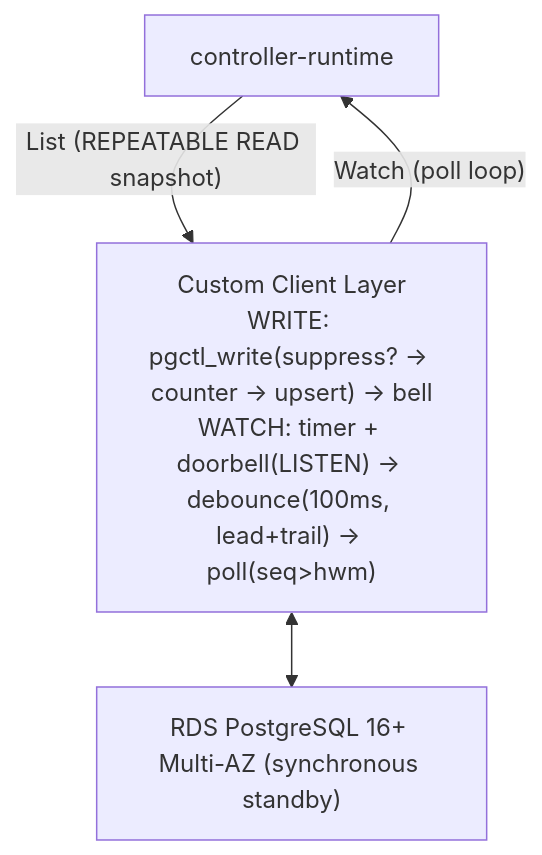
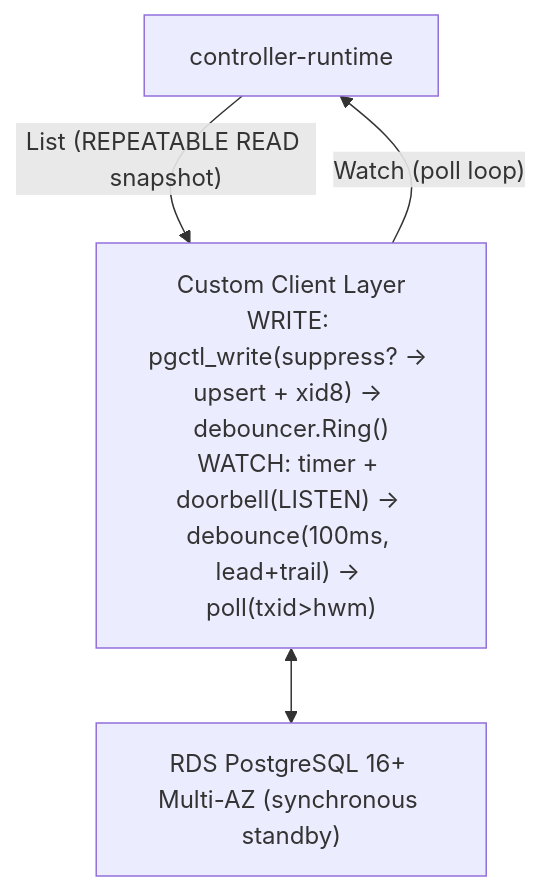
One commit to jmelis/postgres-controller-backend changed the diagram in DESIGN.md. Above: the diagram before and after it, drawn with Mermaid. The commit also changed other lines of this file and 96 other files, not shown here.

````diff
--- a/DESIGN.md
+++ b/DESIGN.md
@@ -35,10 +35,10 @@
 ```mermaid
 graph TB
     CR["controller-runtime"]
-    CL["Custom Client Layer\nWRITE: pgctl_write(suppress? → counter → upsert) → bell\nWATCH: timer + doorbell(LISTEN) → debounce(100ms, lead+trail) → poll(seq>hwm)"]
+    CL["Custom Client Layer\nWRITE: pgctl_write(suppress? → upsert + xid8) → debouncer.Ring()\nWATCH: timer + doorbell(LISTEN) → debounce(100ms, lead+trail) → poll(txid>hwm)"]
     PG["RDS PostgreSQL 16+ Multi-AZ (synchronous standby)"]
 
     CR -- "List (REPEATABLE READ snapshot)" --> CL
     CL -- "Watch (poll loop)" --> CR
     CL <--> PG
 ```
````
